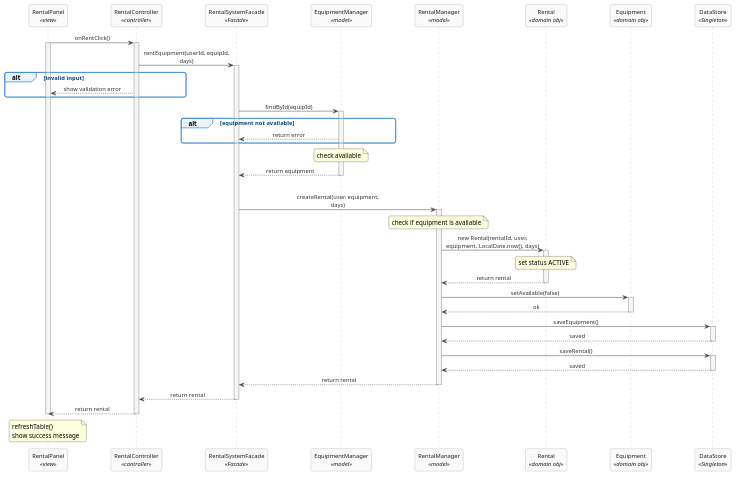
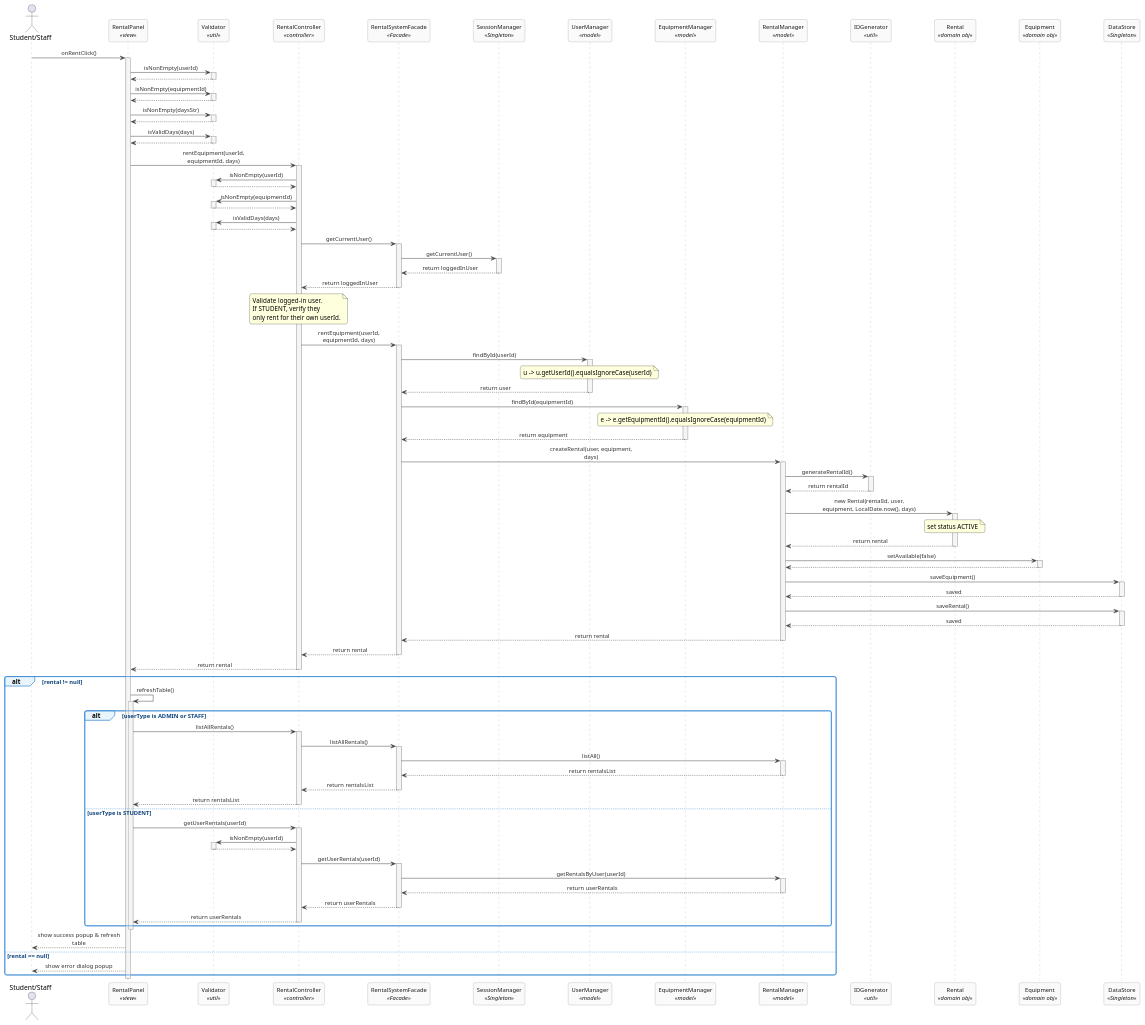
The diagram in diagrams/FINAL_sequence_rent_equipment.puml (sarafidi/G1_SmartEquipmentRental-BillingSystem), drawn with PlantUML before and after one commit. The commit also changed 5 other files, not shown here.

```diff
--- a/diagrams/FINAL_sequence_rent_equipment.puml
+++ b/diagrams/FINAL_sequence_rent_equipment.puml
@@ -1,8 +1,5 @@
 @startuml RentEquipment
 
-' ═══════════════════════════════════════════════════
-' SKIN & STYLE
-' ═══════════════════════════════════════════════════
 skinparam sequenceMessageAlign center
 skinparam responseMessageBelowArrow true
 skinparam maxMessageSize 200
@@ -33,74 +30,119 @@
   NoteFontSize            12
 }
 
-' ═══════════════════════════════════════════════════
-' PARTICIPANTS — exactly matching the visual diagram
-' ═══════════════════════════════════════════════════
+actor "Student/Staff" as Actor
 participant "RentalPanel" as View <<view>>
+participant "Validator" as Val <<util>>
 participant "RentalController" as Ctrl <<controller>>
 participant "RentalSystemFacade" as Facade <<Facade>>
-participant "EquipmentManager"             as EqMgr <<model>>
-participant "RentalManager"               as RentMgr <<model>>
+participant "SessionManager" as Session <<Singleton>>
+participant "UserManager" as UserMgr <<model>>
+participant "EquipmentManager" as EqMgr <<model>>
+participant "RentalManager" as RentMgr <<model>>
+participant "IDGenerator" as IDGen <<util>>
 participant "Rental" as Rental <<domain obj>>
 participant "Equipment" as EquipObj <<domain obj>>
 participant "DataStore" as DS <<Singleton>>
 
-' ═══════════════════════════════════════════════════
-' MESSAGE FLOW — matches visual diagram step by step
-' ═══════════════════════════════════════════════════
+' ===================================================
+' MESSAGE FLOW
+' ===================================================
 
-' Step 1
-View -> Ctrl : onRentClick()
+Actor -> View : onRentClick()
 activate View
+
+' Validation in View
+View -> Val : isNonEmpty(userId)
+activate Val
+Val --> View
+deactivate Val
+
+View -> Val : isNonEmpty(equipmentId)
+activate Val
+Val --> View
+deactivate Val
+
+View -> Val : isNonEmpty(daysStr)
+activate Val
+Val --> View
+deactivate Val
+
+View -> Val : isValidDays(days)
+activate Val
+Val --> View
+deactivate Val
+
+' View calls Controller
+View -> Ctrl : rentEquipment(userId, equipmentId, days)
 activate Ctrl
 
-' Step 2
-Ctrl -> Facade : rentEquipment(userId, equipId, days)
+' Controller validation
+Ctrl -> Val : isNonEmpty(userId)
+activate Val
+Val --> Ctrl
+deactivate Val
+
+Ctrl -> Val : isNonEmpty(equipmentId)
+activate Val
+Val --> Ctrl
+deactivate Val
+
+Ctrl -> Val : isValidDays(days)
+activate Val
+Val --> Ctrl
+deactivate Val
+
+' Security validation check
+Ctrl -> Facade : getCurrentUser()
+activate Facade
+Facade -> Session : getCurrentUser()
+activate Session
+Session --> Facade : return loggedInUser
+deactivate Session
+Facade --> Ctrl : return loggedInUser
+deactivate Facade
+
+note over Ctrl : Validate logged-in user.\nIf STUDENT, verify they\nonly rent for their own userId.
+
+' Controller calls Facade
+Ctrl -> Facade : rentEquipment(userId, equipmentId, days)
 activate Facade
 
-' alt: invalid input
-group alt [invalid input]
-  Ctrl --> View : show validation error
-end
+' Facade looks up user
+Facade -> UserMgr : findById(userId)
+activate UserMgr
+note over UserMgr : u -> u.getUserId().equalsIgnoreCase(userId)
+UserMgr --> Facade : return user
+deactivate UserMgr
 
-' Step 3
-Facade -> EqMgr : findById(equipId)
+' Facade looks up equipment
+Facade -> EqMgr : findById(equipmentId)
 activate EqMgr
-
-' alt: not available
-group alt [equipment not available]
-  EqMgr --> Facade : return error
-end
-
-' Step 4 (implicit — availability check inside EqMgr)
-note over EqMgr : check available
-
-' Step 5
+note over EqMgr : e -> e.getEquipmentId().equalsIgnoreCase(equipmentId)
 EqMgr --> Facade : return equipment
 deactivate EqMgr
 
-|||
-' Step 6 — Facade delegates creation to RentalManager
+' Facade calls RentalManager
 Facade -> RentMgr : createRental(user, equipment, days)
 activate RentMgr
 
-' Step 7 — Check availability
-note over RentMgr : check if equipment is available
+' RentalManager generates ID, instantiates Rental, and saves
+RentMgr -> IDGen : generateRentalId()
+activate IDGen
+IDGen --> RentMgr : return rentalId
+deactivate IDGen
 
-' Step 8 — Instantiate Rental domain object
 RentMgr -> Rental : new Rental(rentalId, user, equipment, LocalDate.now(), days)
 activate Rental
 note over Rental : set status ACTIVE
 Rental --> RentMgr : return rental
 deactivate Rental
 
-' Step 9 — Mark equipment as rented
 RentMgr -> EquipObj : setAvailable(false)
 activate EquipObj
-EquipObj --> RentMgr : ok
+EquipObj --> RentMgr
 deactivate EquipObj
 
-' Step 10 — Save updated lists via DataStore Singleton
 RentMgr -> DS : saveEquipment()
 activate DS
 DS --> RentMgr : saved
@@ -111,20 +153,58 @@
 DS --> RentMgr : saved
 deactivate DS
 
-' Step 11
 RentMgr --> Facade : return rental
 deactivate RentMgr
 
-' Step 15
 Facade --> Ctrl : return rental
 deactivate Facade
 
-' Step 16
 Ctrl --> View : return rental
 deactivate Ctrl
 
-' Step 17
-note over View : refreshTable()\nshow success message
+' Post-rental actions (alt block)
+alt rental != null
+  View -> View : refreshTable()
+  activate View
+  
+  alt userType is ADMIN or STAFF
+    View -> Ctrl : listAllRentals()
+    activate Ctrl
+    Ctrl -> Facade : listAllRentals()
+    activate Facade
+    Facade -> RentMgr : listAll()
+    activate RentMgr
+    RentMgr --> Facade : return rentalsList
+    deactivate RentMgr
+    Facade --> Ctrl : return rentalsList
+    deactivate Facade
+    Ctrl --> View : return rentalsList
+    deactivate Ctrl
+  else userType is STUDENT
+    View -> Ctrl : getUserRentals(userId)
+    activate Ctrl
+    
+    Ctrl -> Val : isNonEmpty(userId)
+    activate Val
+    Val --> Ctrl
+    deactivate Val
+    
+    Ctrl -> Facade : getUserRentals(userId)
+    activate Facade
+    Facade -> RentMgr : getRentalsByUser(userId)
+    activate RentMgr
+    RentMgr --> Facade : return userRentals
+    deactivate RentMgr
+    Facade --> Ctrl : return userRentals
+    deactivate Facade
+    Ctrl --> View : return userRentals
+    deactivate Ctrl
+  end
+  deactivate View
+  View --> Actor : show success popup & refresh table
+else rental == null
+  View --> Actor : show error dialog popup
+end
 deactivate View
 
 @enduml
```
